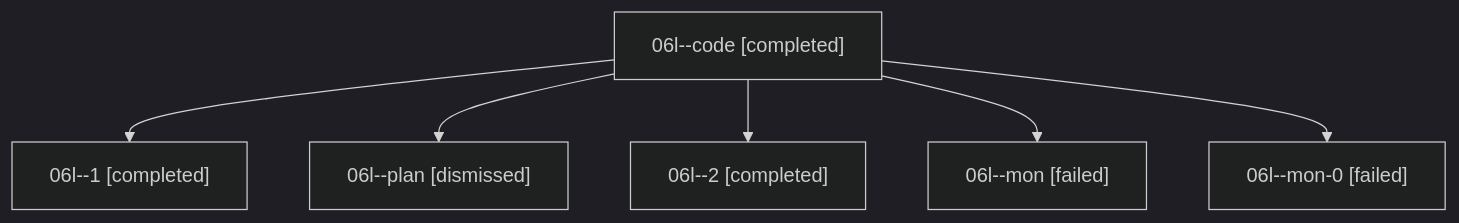
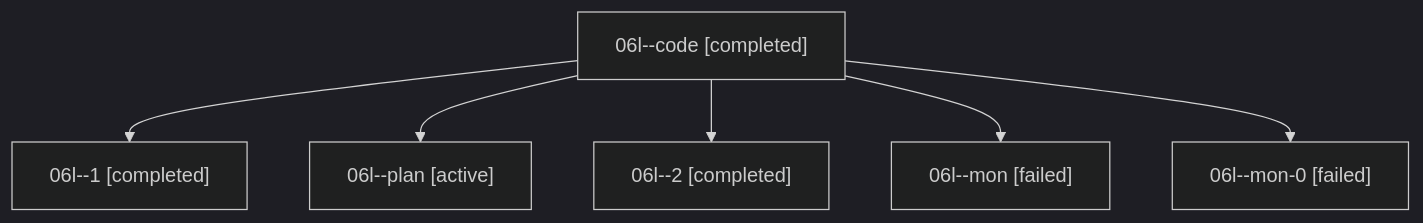
One commit to sase-org/sase--agents changed the diagram in families/bbugyi200.athena.06l.md. Above: the diagram before and after it, drawn with Mermaid (dark theme). The commit also changed other lines of this file and 35830 other files, not shown here.

````diff
--- a/families/bbugyi200.athena.06l.md
+++ b/families/bbugyi200.athena.06l.md
@@ -9,14 +9,14 @@
 ```mermaid
 flowchart TD
   n0["06l--code [completed]"]
   n1["06l--1 [completed]"]
   n0 --> n1
-  n2["06l--plan [dismissed]"]
+  n2["06l--plan [active]"]
   n0 --> n2
   n3["06l--2 [completed]"]
   n0 --> n3
   n4["06l--mon [failed]"]
   n0 --> n4
   n5["06l--mon-0 [failed]"]
   n0 --> n5
 ```
````
